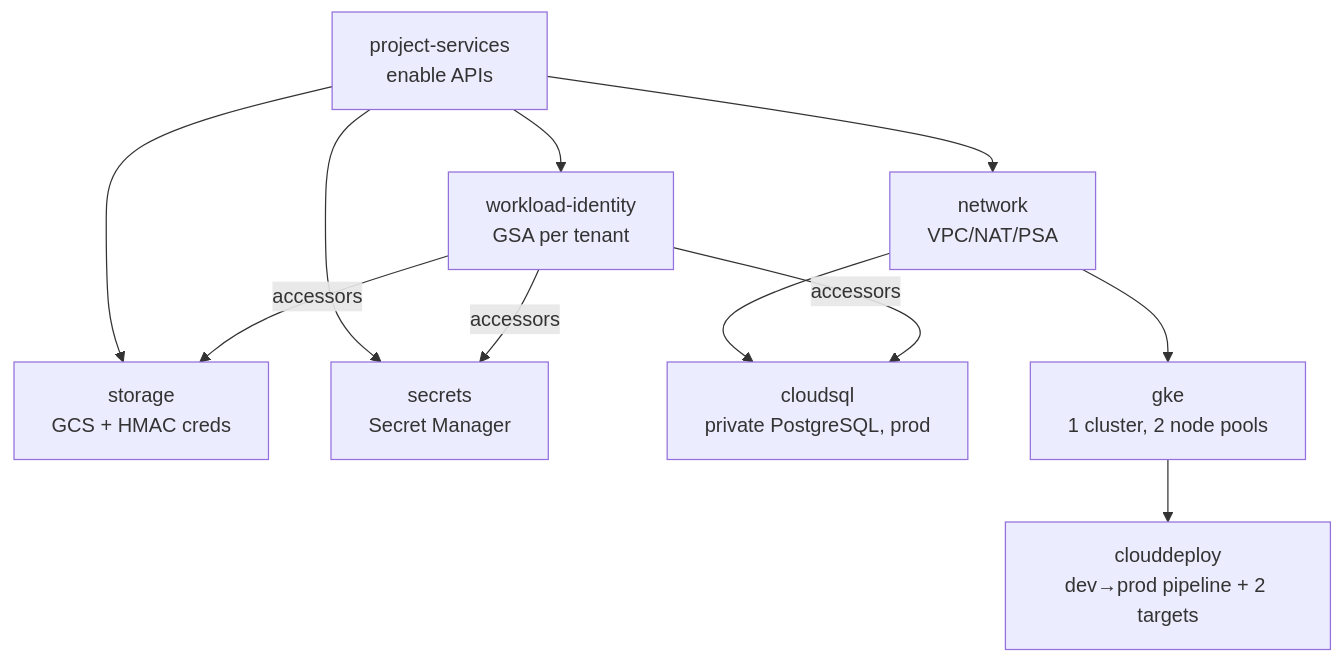
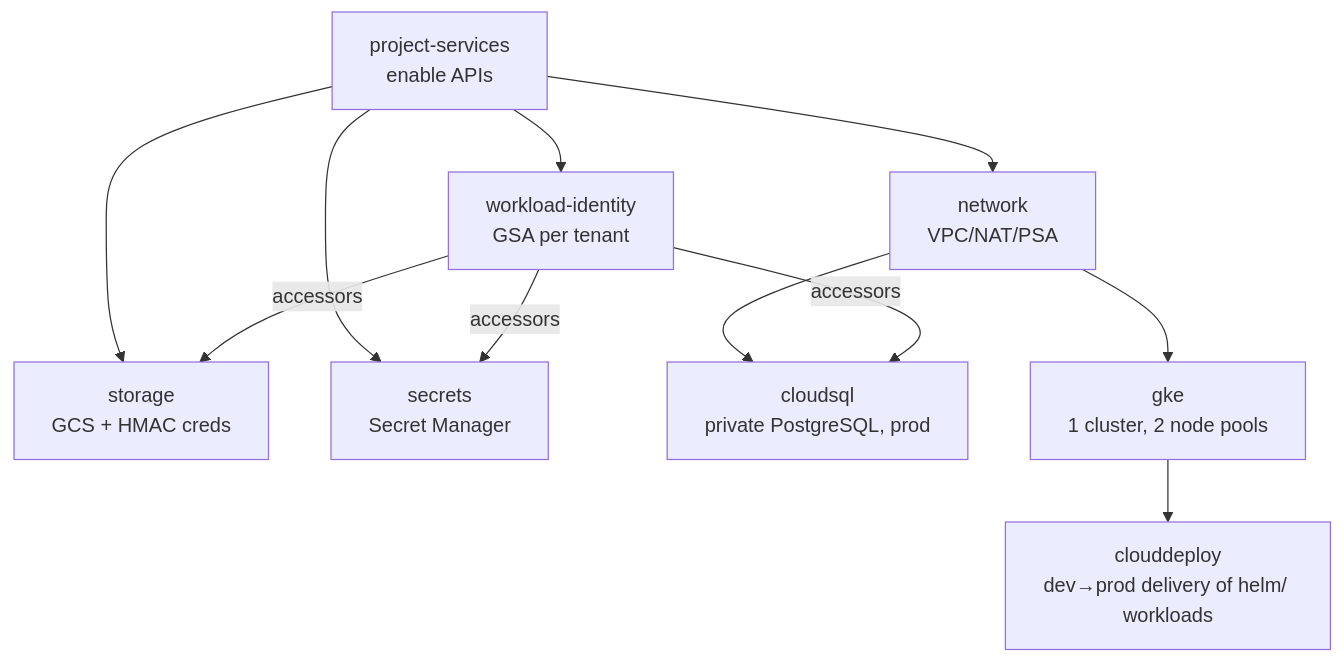
The first of 2 diagrams in README.md (pilprod/yourown-chat), drawn with Mermaid before and after one commit. The commit also changed other lines of this file and 18 other files, not shown here.

First line of the commit message:
Deliver helm/ workloads via Cloud Deploy; remove app/ sample

````diff
--- a/README.md
+++ b/README.md
@@ -104,13 +104,13 @@
 ```mermaid
 graph TD
   PS[project-services<br/>enable APIs] --> NET[network<br/>VPC/NAT/PSA]
   PS --> STO[storage<br/>GCS + HMAC creds]
   PS --> WI[workload-identity<br/>GSA per tenant]
   PS --> SEC[secrets<br/>Secret Manager]
   NET --> SQL[cloudsql<br/>private PostgreSQL, prod]
   NET --> GKE[gke<br/>1 cluster, 2 node pools]
   WI -->|accessors| SQL
   WI -->|accessors| STO
   WI -->|accessors| SEC
-  GKE --> CD[clouddeploy<br/>dev→prod pipeline + 2 targets]
+  GKE --> CD[clouddeploy<br/>dev→prod delivery of helm/ workloads]
 ```
````
